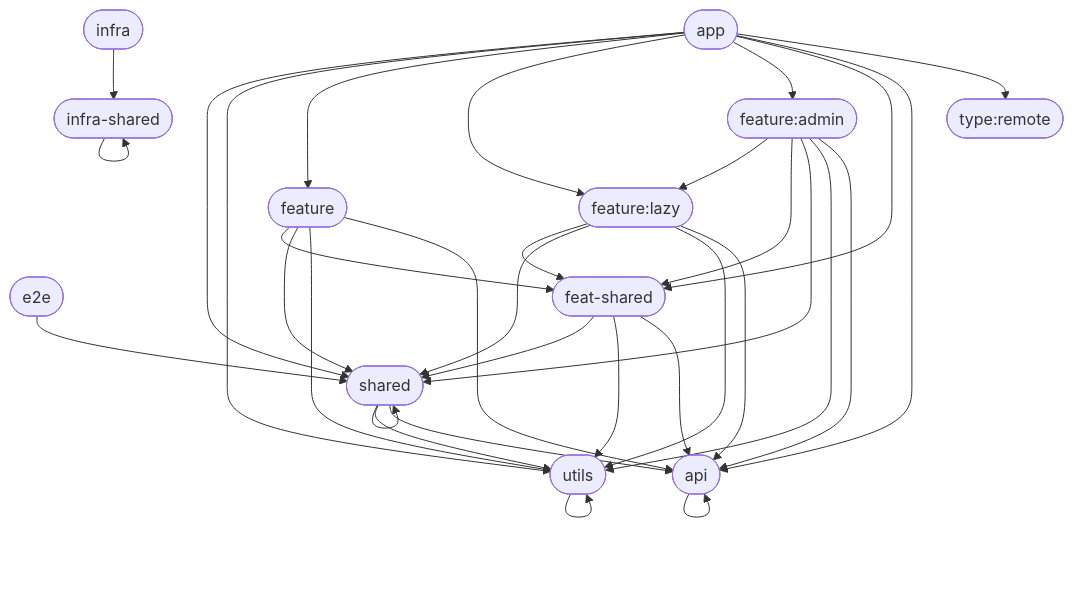
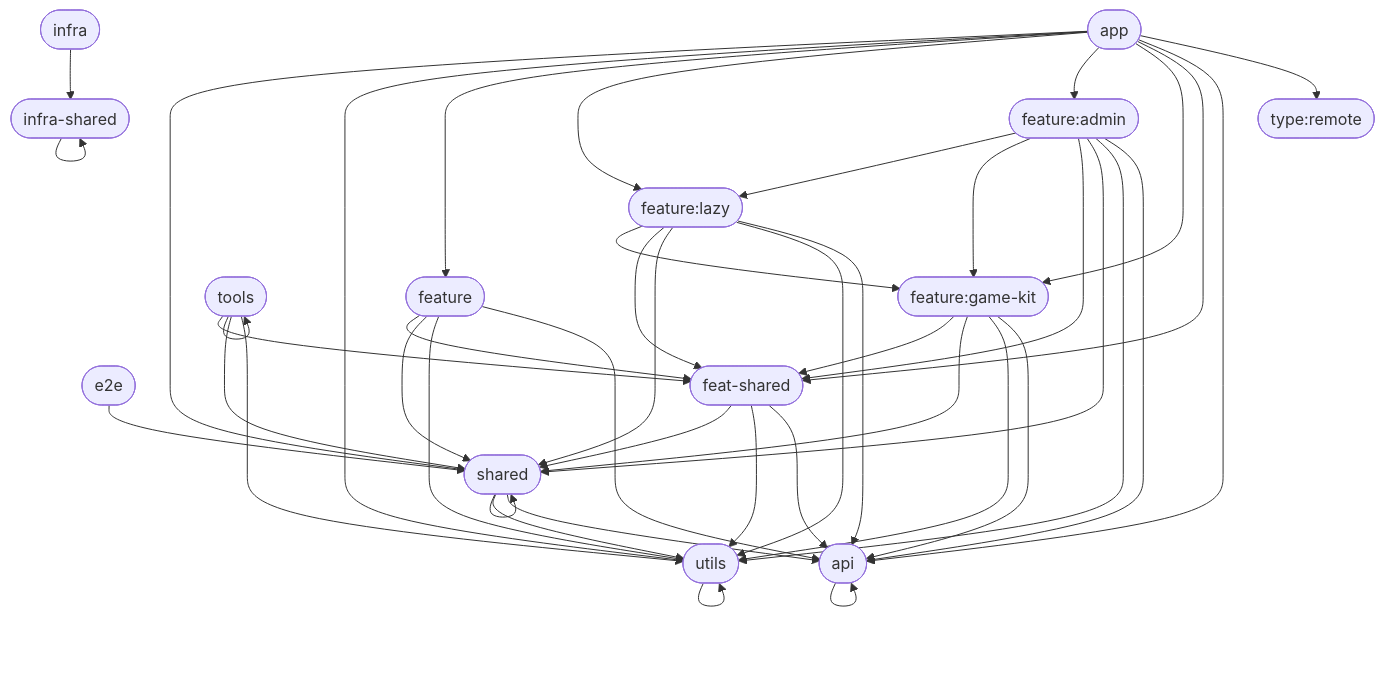
The second of 4 diagrams in docs/architecture/README.md (WolfSoko/wol-sok-mono), drawn with Mermaid before and after one commit. The commit also changed other lines of this file and 150 other files, not shown here.

````diff
--- a/docs/architecture/README.md
+++ b/docs/architecture/README.md
@@ -60,47 +63,60 @@
 ```mermaid
 flowchart TD
   api(["api"])
   app(["app"])
   e2e(["e2e"])
   feat_shared(["feat-shared"])
   feature(["feature"])
   feature_admin(["feature:admin"])
+  feature_game_kit(["feature:game-kit"])
   feature_lazy(["feature:lazy"])
   infra(["infra"])
   infra_shared(["infra-shared"])
   shared(["shared"])
+  tools(["tools"])
   type_remote(["type:remote"])
   utils(["utils"])
   app --> shared
   app --> utils
   app --> feature
   app --> feature_lazy
   app --> feature_admin
+  app --> feature_game_kit
   app --> feat_shared
   app --> api
   app --> type_remote
+  tools --> feat_shared
+  tools --> shared
+  tools --> utils
+  tools --> tools
   infra --> infra_shared
   infra_shared --> infra_shared
   e2e --> shared
   feature --> feat_shared
   feature --> shared
   feature --> utils
   feature --> api
+  feature_lazy --> feature_game_kit
   feature_lazy --> feat_shared
   feature_lazy --> shared
   feature_lazy --> utils
   feature_lazy --> api
   feature_admin --> feature_lazy
+  feature_admin --> feature_game_kit
   feature_admin --> feat_shared
   feature_admin --> shared
   feature_admin --> utils
   feature_admin --> api
+  feature_game_kit --> feat_shared
+  feature_game_kit --> shared
+  feature_game_kit --> utils
+  feature_game_kit --> api
   feat_shared --> shared
   feat_shared --> utils
   feat_shared --> api
   shared --> shared
   shared --> utils
   shared --> api
   utils --> utils
   api --> api
 ```
````
